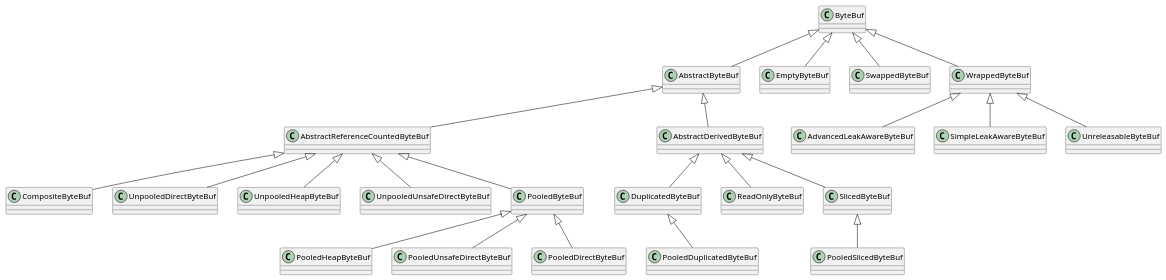
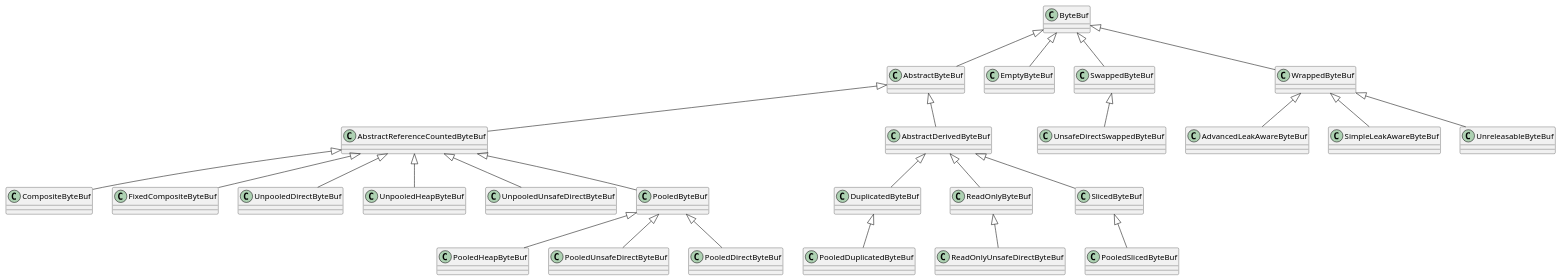
Before and after one commit to uchuhimo/leaning-netty: the diagram in buffer/image/all_buffer.puml, drawn with PlantUML. The commit also changed 8 other files, not shown here.

Commit message:
add more ByteBuf class

```diff
--- a/buffer/image/all_buffer.puml
+++ b/buffer/image/all_buffer.puml
@@ -1,30 +1,33 @@
 @startuml
 ByteBuf             <|--    AbstractByteBuf
 
 AbstractByteBuf     <|--    AbstractReferenceCountedByteBuf
 AbstractByteBuf     <|--    AbstractDerivedByteBuf
 
 AbstractReferenceCountedByteBuf       <|--    CompositeByteBuf
+AbstractReferenceCountedByteBuf       <|--    FixedCompositeByteBuf
 AbstractReferenceCountedByteBuf       <|--    UnpooledDirectByteBuf
 AbstractReferenceCountedByteBuf       <|--    UnpooledHeapByteBuf
 AbstractReferenceCountedByteBuf       <|--    UnpooledUnsafeDirectByteBuf
 AbstractReferenceCountedByteBuf       <|--    PooledByteBuf
 
 PooledByteBuf <|-- PooledHeapByteBuf
 PooledByteBuf <|-- PooledUnsafeDirectByteBuf
 PooledByteBuf <|-- PooledDirectByteBuf
 
 AbstractDerivedByteBuf  <|--    DuplicatedByteBuf
 DuplicatedByteBuf       <|--    PooledDuplicatedByteBuf
 AbstractDerivedByteBuf  <|--    ReadOnlyByteBuf
+ReadOnlyByteBuf         <|--    ReadOnlyUnsafeDirectByteBuf
 AbstractDerivedByteBuf  <|--    SlicedByteBuf
 SlicedByteBuf           <|--    PooledSlicedByteBuf
 
 ByteBuf             <|--    EmptyByteBuf
 ByteBuf             <|--    SwappedByteBuf
+SwappedByteBuf      <|--    UnsafeDirectSwappedByteBuf
 ByteBuf             <|--    WrappedByteBuf
 
 WrappedByteBuf      <|--    AdvancedLeakAwareByteBuf
 WrappedByteBuf      <|--    SimpleLeakAwareByteBuf
 WrappedByteBuf      <|--    UnreleasableByteBuf
 @enduml
```
